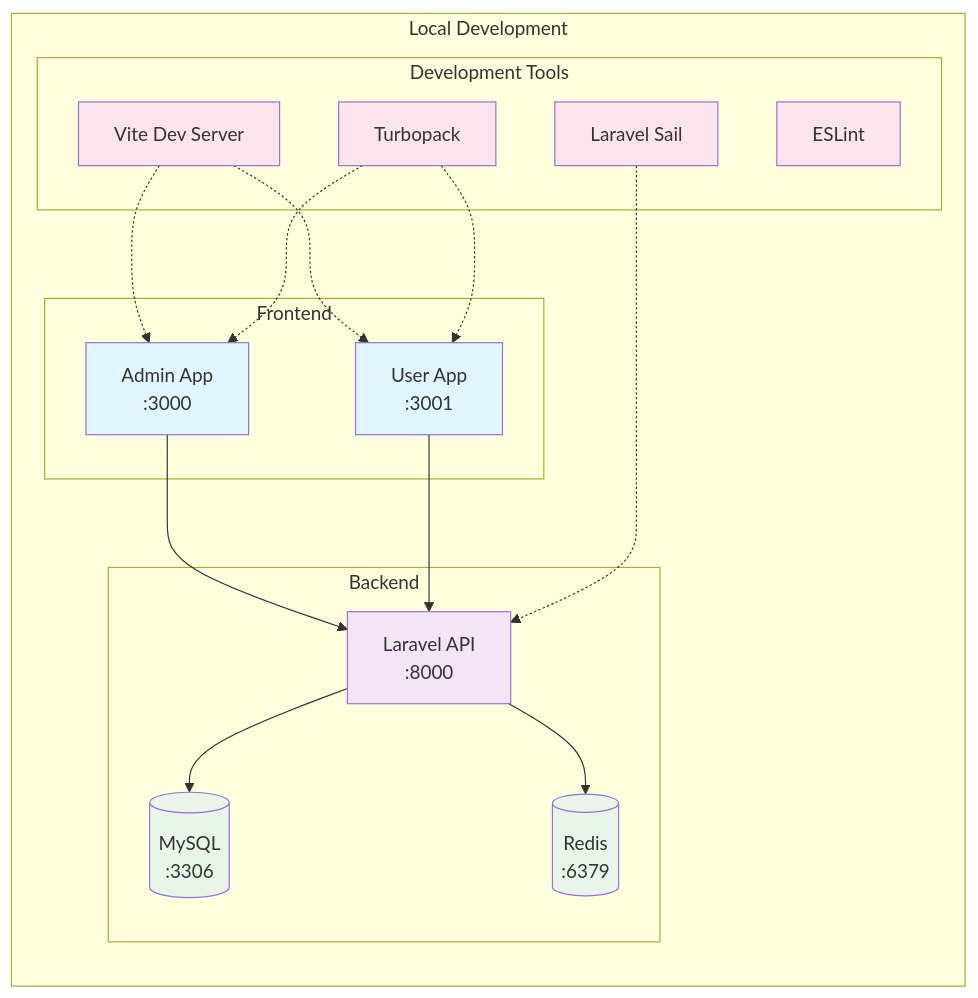
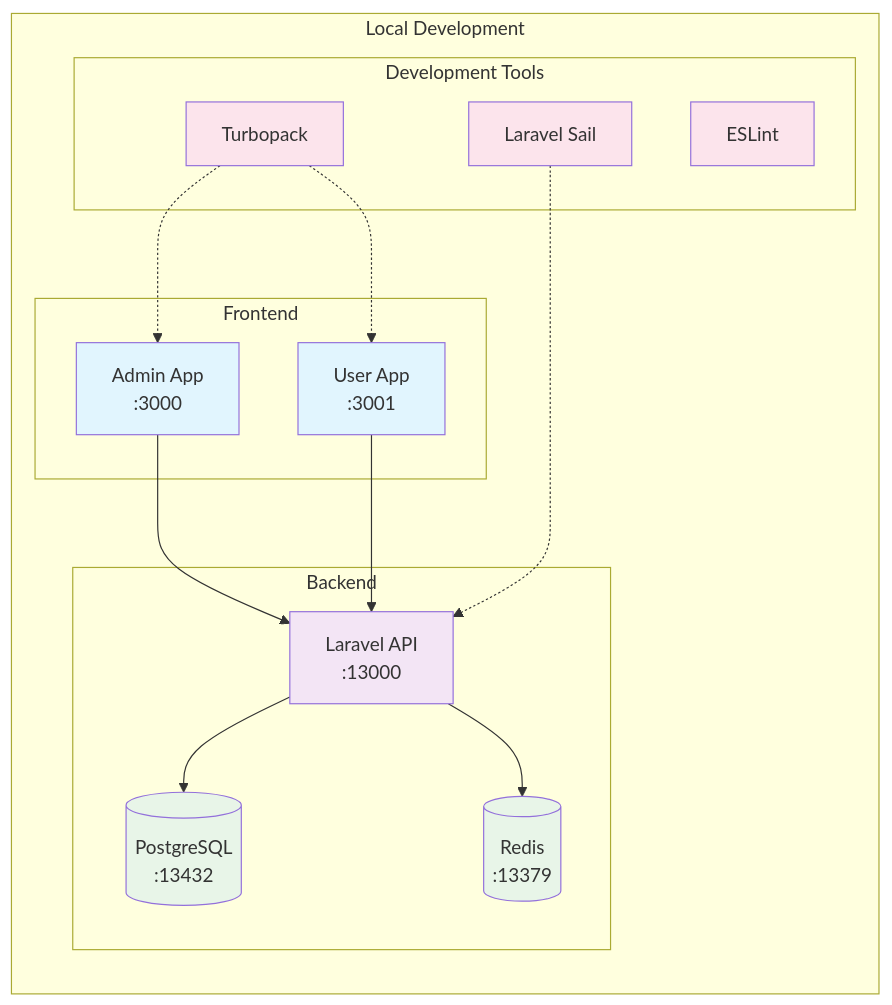
Before and after one commit to ef-tech/laravel-next-b2c: the second of 2 diagrams in README.md, drawn with Mermaid. The commit also changed other lines of this file, not shown here.

````diff
--- a/README.md
+++ b/README.md
@@ -164,43 +164,40 @@
 ```mermaid
 graph LR
     subgraph "Local Development"
         subgraph "Frontend"
             Admin[Admin App<br/>:3000]
             User[User App<br/>:3001]
         end
 
         subgraph "Backend"
-            API[Laravel API<br/>:8000]
-            DB[(MySQL<br/>:3306)]
-            Redis[(Redis<br/>:6379)]
+            API[Laravel API<br/>:13000]
+            DB[(PostgreSQL<br/>:13432)]
+            Redis[(Redis<br/>:13379)]
         end
 
         subgraph "Development Tools"
-            Vite[Vite Dev Server]
             Turbopack[Turbopack]
             ESLint[ESLint]
             Sail[Laravel Sail]
         end
     end
 
     Admin --> API
     User --> API
     API --> DB
     API --> Redis
 
-    Vite -.-> Admin
-    Vite -.-> User
     Turbopack -.-> Admin
     Turbopack -.-> User
     Sail -.-> API
 
     classDef frontend fill:#e1f5fe
     classDef backend fill:#f3e5f5
     classDef database fill:#e8f5e8
     classDef tools fill:#fce4ec
 
     class Admin,User frontend
     class API backend
     class DB,Redis database
     class Vite,Turbopack,ESLint,Sail tools
 ```
````
